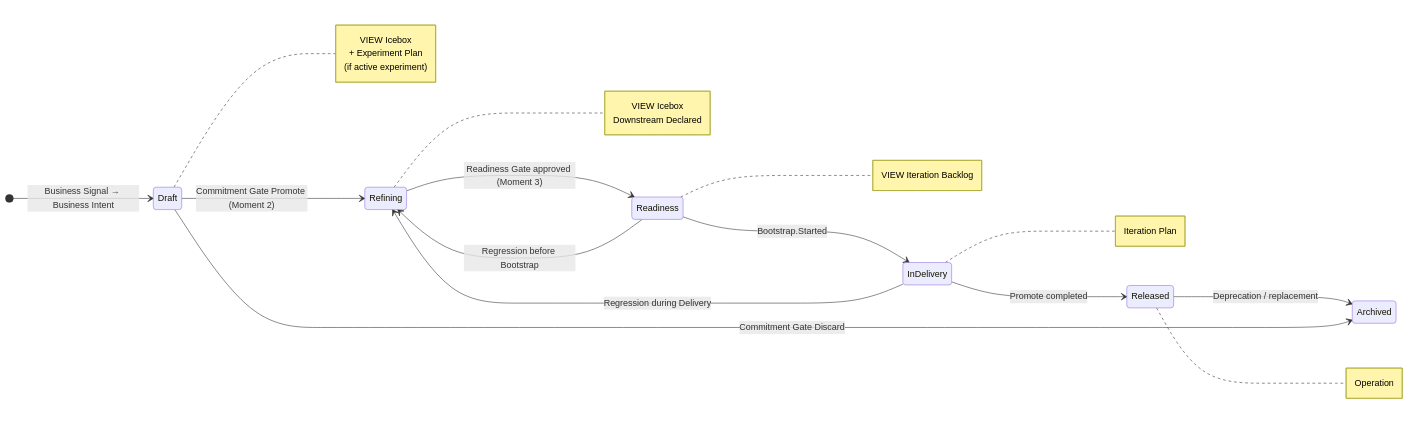
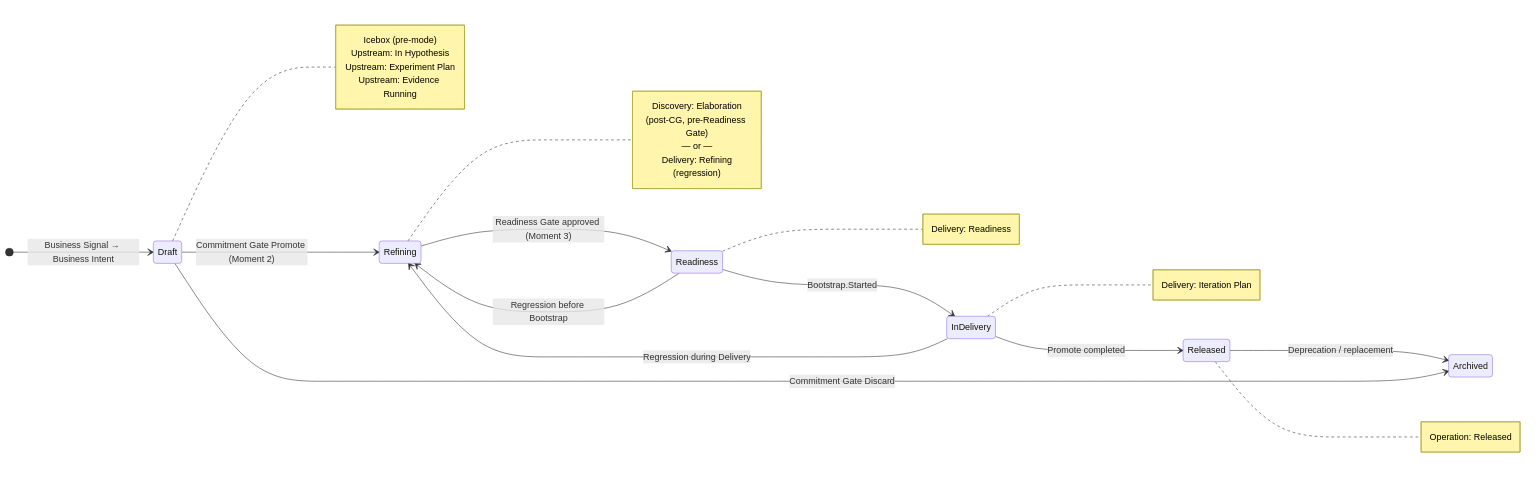
One commit to produtoreativo/from-intent-to-outcome changed the fourth of 4 diagrams in en/chapter-03.md. Above: the diagram before and after it, drawn with Mermaid. The commit also changed other lines of this file and 6 other files, not shown here.

First line of the commit message:
refactor: introduz VIEW hierarchy do PIB (Icebox, Upstream, Downstream)

````diff
--- a/en/chapter-03.md
+++ b/en/chapter-03.md
@@ -225,32 +225,36 @@
 ```mermaid
 stateDiagram-v2
     direction LR
     [*] --> Draft : Business Signal → Business Intent
     Draft --> Refining : Commitment Gate Promote (Moment 2)
     Refining --> Readiness : Readiness Gate approved (Moment 3)
     Readiness --> InDelivery : Bootstrap.Started
     InDelivery --> Released : Promote completed
     Released --> Archived : Deprecation / replacement
     Draft --> Archived : Commitment Gate Discard
     Readiness --> Refining : Regression before Bootstrap
     InDelivery --> Refining : Regression during Delivery
 
     note right of Draft
-        VIEW Icebox
-        + Experiment Plan
-        (if active experiment)
+        Icebox (pre-mode)
+        Upstream: In Hypothesis
+        Upstream: Experiment Plan
+        Upstream: Evidence Running
     end note
     note right of Refining
-        VIEW Icebox
-        Downstream Declared
+        Discovery: Elaboration
+        (post-CG, pre-Readiness Gate)
+        — or —
+        Delivery: Refining
+        (regression)
     end note
     note right of Readiness
-        VIEW Iteration Backlog
+        Delivery: Readiness
     end note
     note right of InDelivery
-        Iteration Plan
+        Delivery: Iteration Plan
     end note
     note right of Released
-        Operation
+        Operation: Released
     end note
 ```
````
